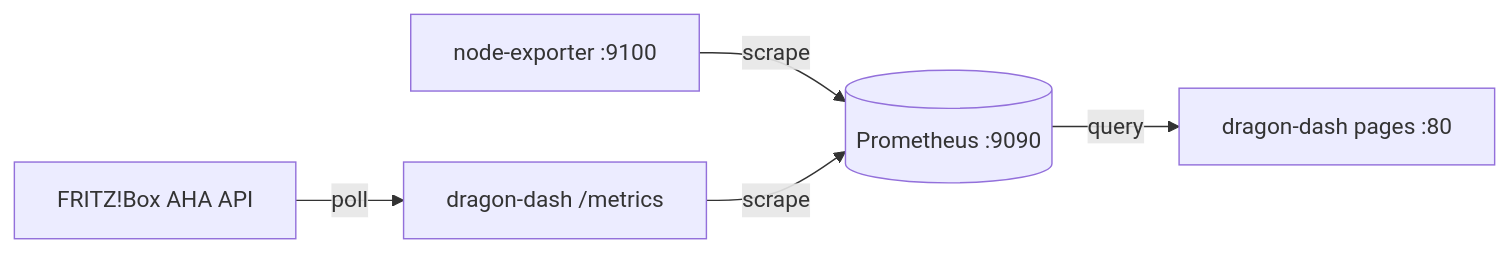
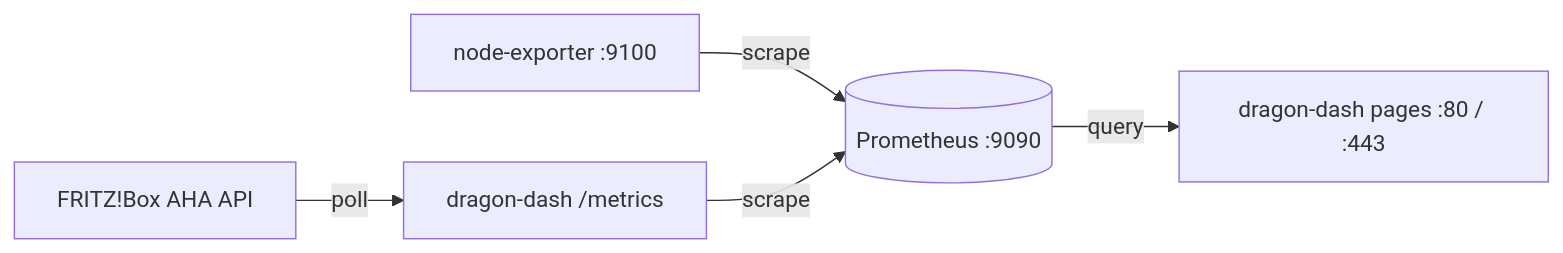
Before and after one commit to xuedi/dragon-dash: the second of 2 diagrams in docs/deployment.md, drawn with Mermaid. The commit also changed other lines of this file and 10 other files, not shown here.

````diff
--- a/docs/deployment.md
+++ b/docs/deployment.md
@@ -94,7 +133,7 @@
 ```mermaid
 flowchart LR
     NE[node-exporter :9100] -->|scrape| P[(Prometheus :9090)]
     DD[dragon-dash /metrics] -->|scrape| P
     FB[FRITZ!Box AHA API] -->|poll| DD
-    P -->|query| DD2[dragon-dash pages :80]
+    P -->|query| DD2[dragon-dash pages :80 / :443]
 ```
````
